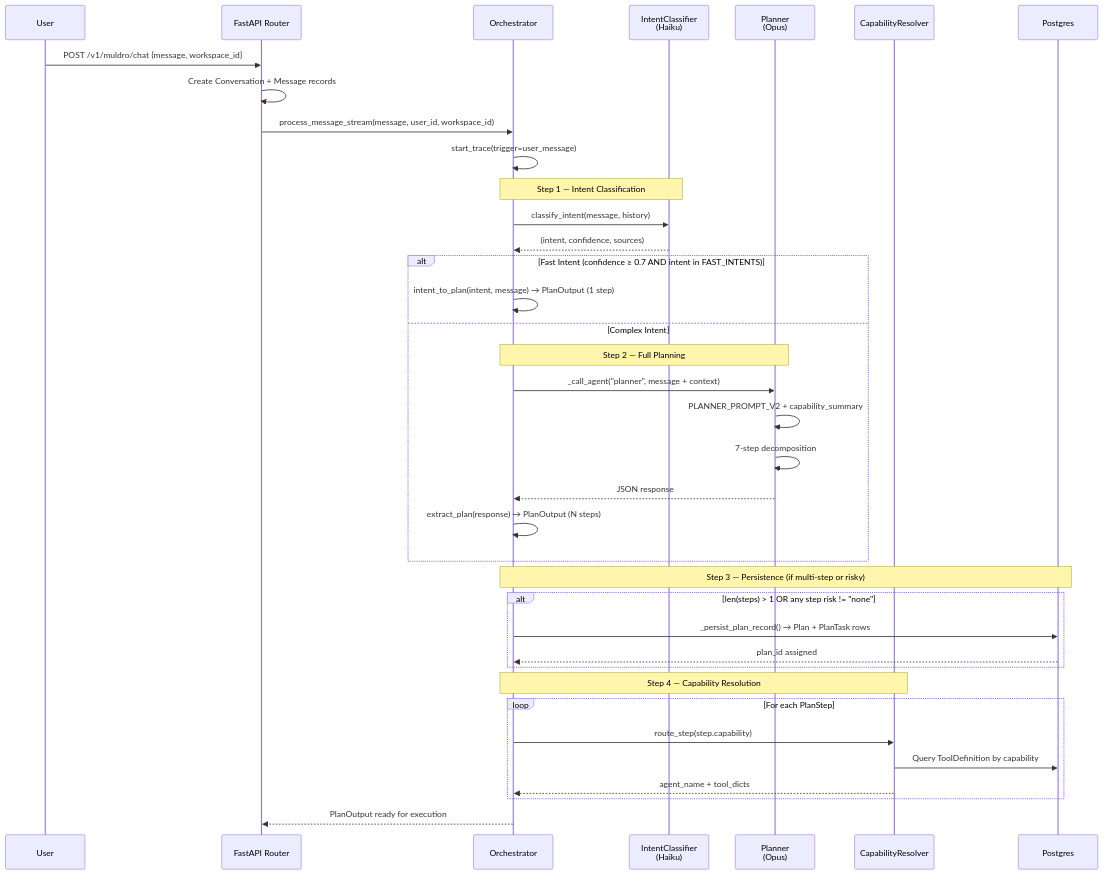
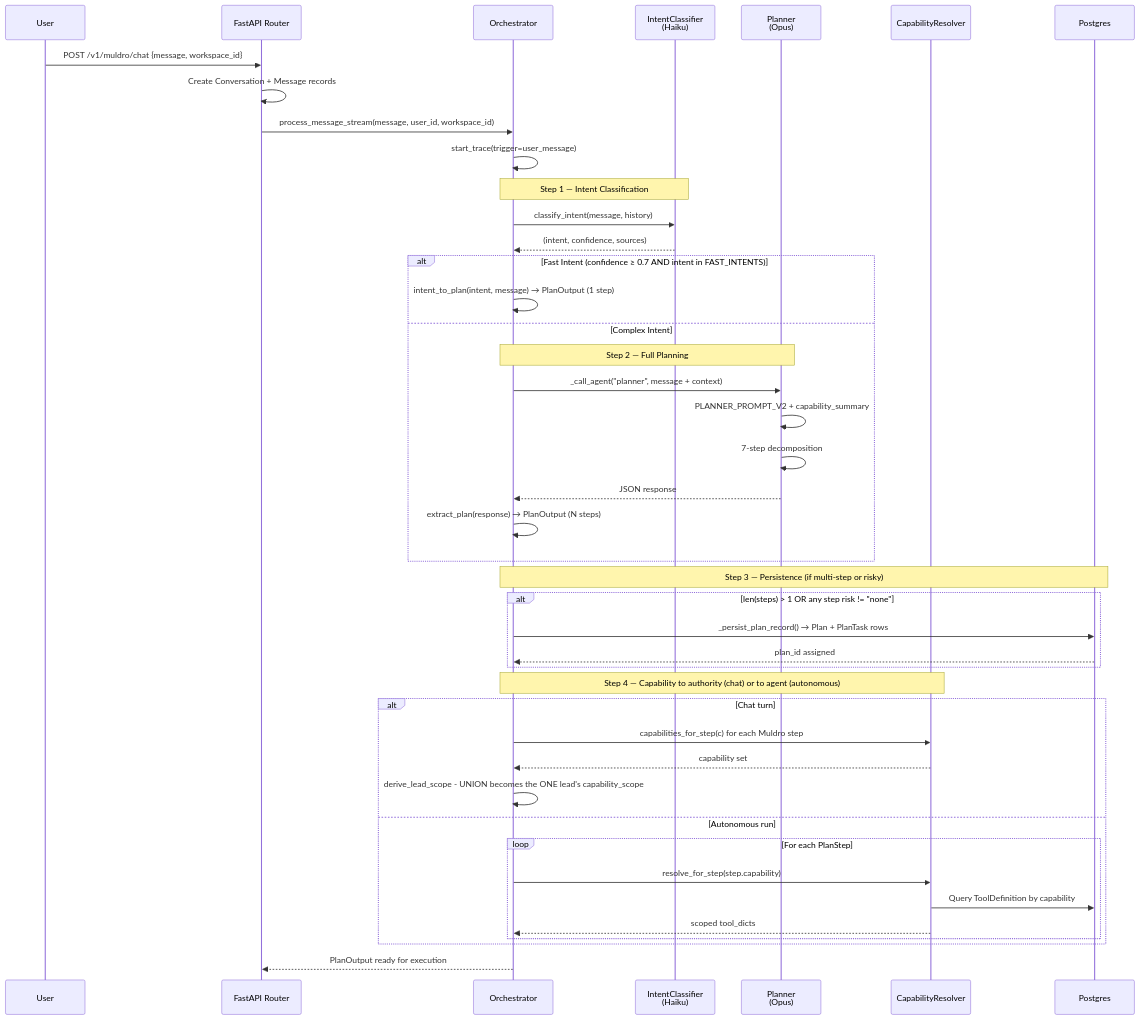
Before and after one commit to shivadharmi/muldro: the third of 17 diagrams in docs/architecture/plan-execution-deep-dive.md, drawn with Mermaid. The commit also changed other lines of this file and 13 other files, not shown here.

First line of the commit message:
docs: one chat shape, presence, and the PREPARE verdict

````diff
--- a/docs/architecture/plan-execution-deep-dive.md
+++ b/docs/architecture/plan-execution-deep-dive.md
@@ -145,45 +147,51 @@
 ```mermaid
 sequenceDiagram
     participant User
     participant API as FastAPI Router
     participant Orch as Orchestrator
     participant IC as IntentClassifier<br/>(Haiku)
     participant PL as Planner<br/>(Opus)
     participant CR as CapabilityResolver
     participant DB as Postgres
 
     User->>API: POST /v1/muldro/chat {message, workspace_id}
     API->>API: Create Conversation + Message records
     API->>Orch: process_message_stream(message, user_id, workspace_id)
     Orch->>Orch: start_trace(trigger=user_message)
 
     Note over Orch,IC: Step 1 — Intent Classification
     Orch->>IC: classify_intent(message, history)
     IC-->>Orch: (intent, confidence, sources)
 
     alt Fast Intent (confidence ≥ 0.7 AND intent in FAST_INTENTS)
         Orch->>Orch: intent_to_plan(intent, message) → PlanOutput (1 step)
     else Complex Intent
         Note over Orch,PL: Step 2 — Full Planning
         Orch->>PL: _call_agent("planner", message + context)
         PL->>PL: PLANNER_PROMPT_V2 + capability_summary
         PL->>PL: 7-step decomposition
         PL-->>Orch: JSON response
         Orch->>Orch: extract_plan(response) → PlanOutput (N steps)
     end
 
     Note over Orch,DB: Step 3 — Persistence (if multi-step or risky)
     alt len(steps) > 1 OR any step risk != "none"
         Orch->>DB: _persist_plan_record() → Plan + PlanTask rows
         DB-->>Orch: plan_id assigned
     end
 
-    Note over Orch,CR: Step 4 — Capability Resolution
-    loop For each PlanStep
-        Orch->>CR: route_step(step.capability)
-        CR->>DB: Query ToolDefinition by capability
-        CR-->>Orch: agent_name + tool_dicts
+    Note over Orch,CR: Step 4 — Capability to authority (chat) or to agent (autonomous)
+    alt Chat turn
+        Orch->>CR: capabilities_for_step(c) for each Muldro step
+        CR-->>Orch: capability set
+        Orch->>Orch: derive_lead_scope - UNION becomes the ONE lead's capability_scope
+    else Autonomous run
+        loop For each PlanStep
+            Orch->>CR: resolve_for_step(step.capability)
+            CR->>DB: Query ToolDefinition by capability
+            CR-->>Orch: scoped tool_dicts
+        end
     end
 
     Orch-->>API: PlanOutput ready for execution
 ```
````
